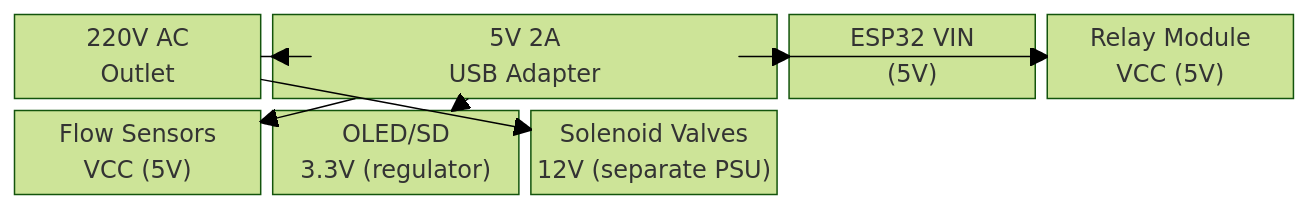
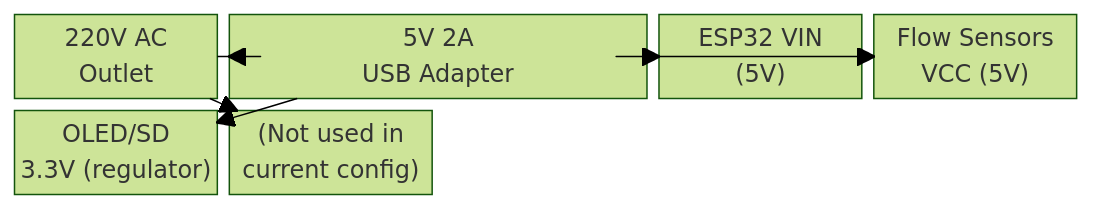
One commit to qppd/wmldad changed the second of 3 diagrams in docs/block-diagram.md. Above: the diagram before and after it, drawn with Mermaid (forest theme). The commit also changed other lines of this file and 13 other files, not shown here.

First line of the commit message:
docs: remove solenoid valve/relay control; monitoring-only system with check valves

````diff
--- a/docs/block-diagram.md
+++ b/docs/block-diagram.md
@@ -186,26 +173,22 @@
 ```mermaid
 block-beta
     columns 5
     
     AC["220V AC<br/>Outlet"]:1
     
     PSU["5V 2A<br/>USB Adapter"]:2
     
     ESPV["ESP32 VIN<br/>(5V)"]:1
     
-    RelayV["Relay Module<br/>VCC (5V)"]:1
-    
     SensorV["Flow Sensors<br/>VCC (5V)"]:1
     
     OLEDV["OLED/SD<br/>3.3V (regulator)"]:1
     
-    Valves12["Solenoid Valves<br/>12V (separate PSU)"]:1
-    
     AC --> PSU
     PSU --> ESPV
-    PSU --> RelayV
     PSU --> SensorV
     PSU --> OLEDV
     
     AC --> Valves12
+    Valves12["(Not used in<br/>current config)"]:1
 ```
````
